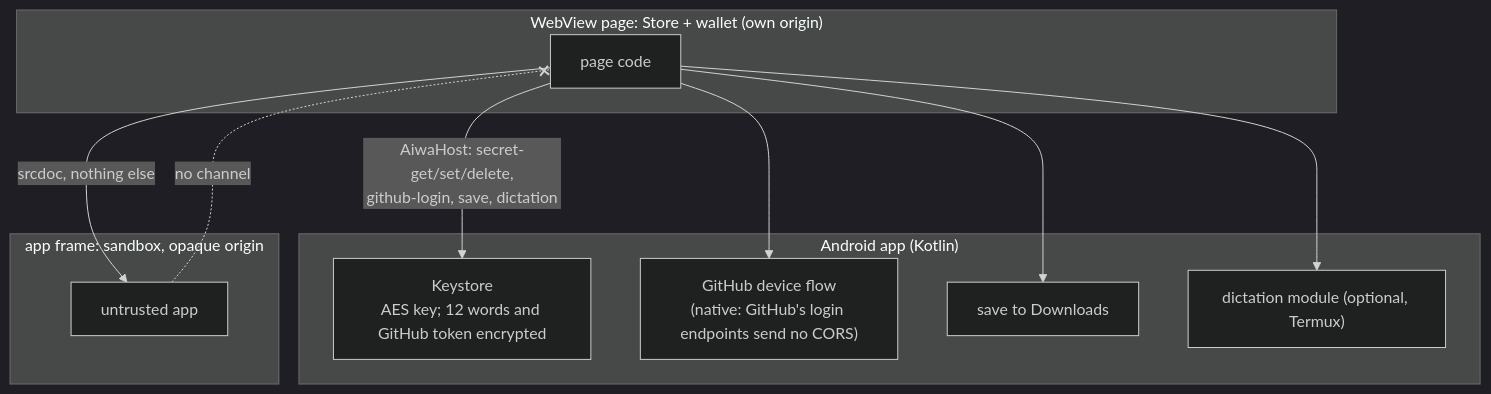
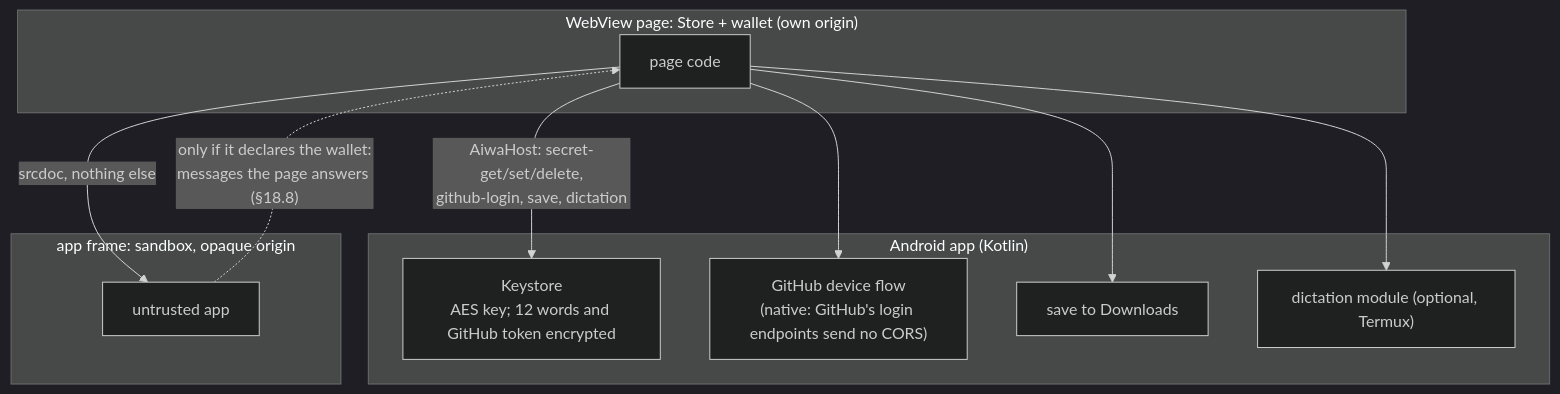
Diagram 28 of 30 in docs/YELLOWPAPER.md (theodoreyong9/Aiwa_store), drawn with Mermaid (dark theme) before and after one commit. The commit also changed other lines of this file and 17 other files, not shown here.

````diff
--- a/docs/YELLOWPAPER.md
+++ b/docs/YELLOWPAPER.md
@@ -1355,21 +1360,21 @@
 ```mermaid
 flowchart TB
   subgraph apk["Android app (Kotlin)"]
     KS["Keystore<br/>AES key; 12 words and GitHub token encrypted"]
     DF["GitHub device flow<br/>(native: GitHub's login endpoints send no CORS)"]
     SV["save to Downloads"]
     DM["dictation module (optional, Termux)"]
   end
   subgraph page["WebView page: Store + wallet (own origin)"]
     PGE["page code"]
   end
   subgraph frame["app frame: sandbox, opaque origin"]
     APP["untrusted app"]
   end
   PGE -- "AiwaHost: secret-get/set/delete,<br/>github-login, save, dictation" --> KS
   PGE --> DF
   PGE --> SV
   PGE --> DM
   PGE -- "srcdoc, nothing else" --> APP
-  APP -. "no channel" .-x PGE
+  APP -. "only if it declares the wallet:<br/>messages the page answers (§18.8)" .-> PGE
 ```
````
